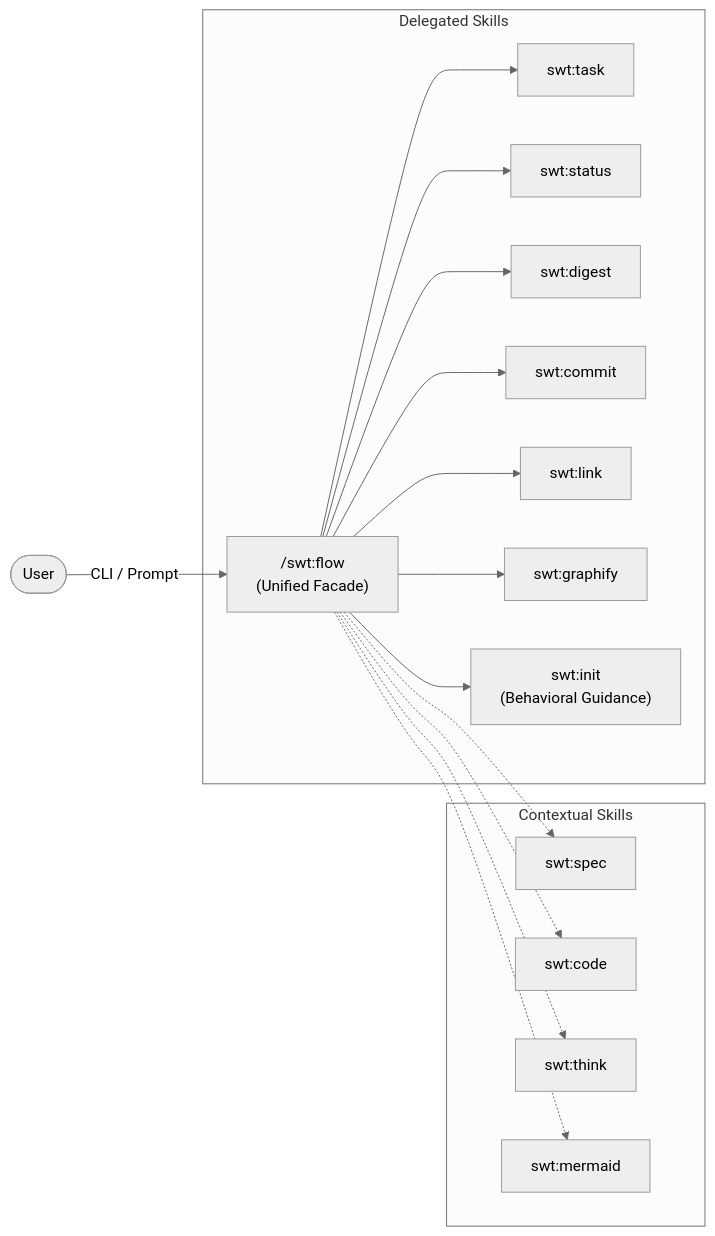
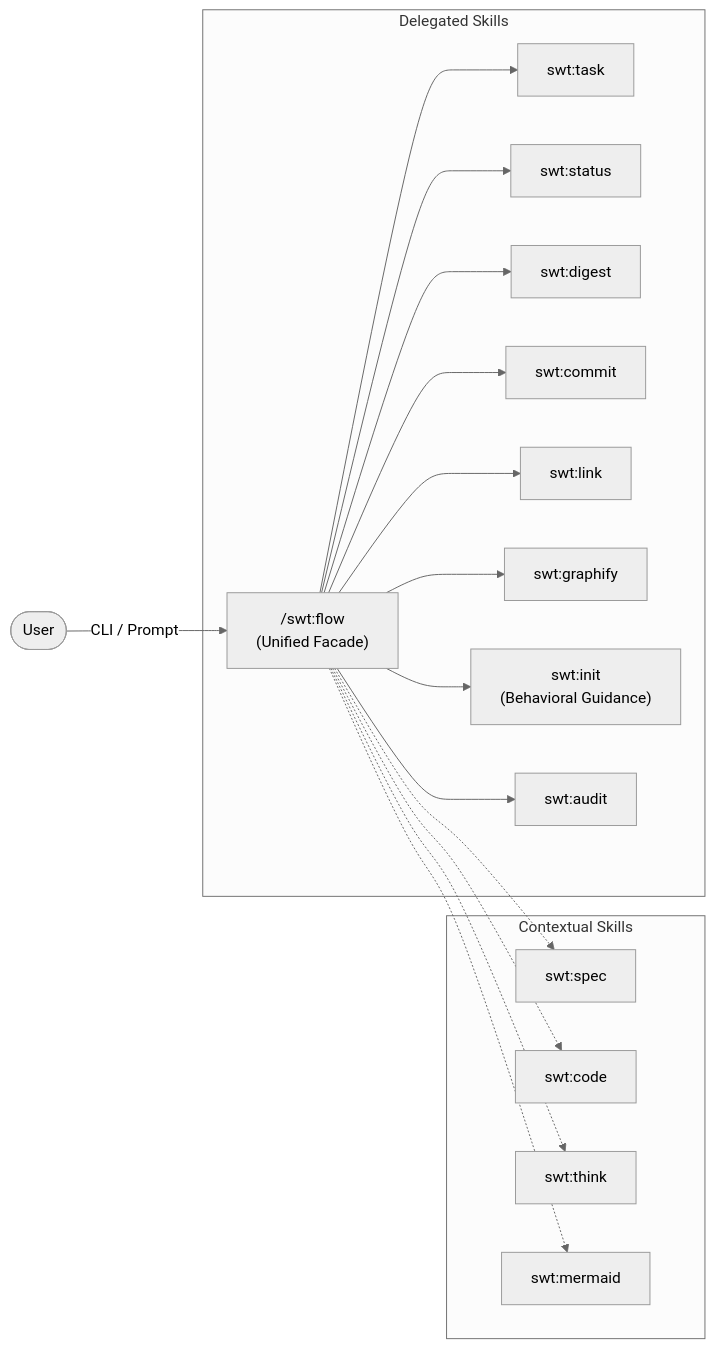
One commit to smashweaver/simple-workflow-toolkit changed the second of 2 diagrams in ARCHITECTURE.md. Above: the diagram before and after it, drawn with Mermaid (neutral theme). The commit also changed other lines of this file and 8 other files, not shown here.

First line of the commit message:
refactor(state): transition task state manifests to headless architecture

````diff
--- a/ARCHITECTURE.md
+++ b/ARCHITECTURE.md
@@ -35,21 +36,22 @@
 ```mermaid
 graph LR
     User([User]) -- "CLI / Prompt" --> Flow["/swt:flow\n(Unified Facade)"]
     
     subgraph "Delegated Skills"
         Flow --> TaskSub["swt:task"]
         Flow --> StatusSub["swt:status"]
         Flow --> DigestSub["swt:digest"]
         Flow --> CommitSub["swt:commit"]
         Flow --> LinkSub["swt:link"]
         Flow --> GraphifySub["swt:graphify"]
         Flow --> InitSub["swt:init\n(Behavioral Guidance)"]
+        Flow --> AuditSub["swt:audit"]
     end
     
     subgraph "Contextual Skills"
         Flow -.-> SpecSub["swt:spec"]
         Flow -.-> CodeSub["swt:code"]
         Flow -.-> ThinkSub["swt:think"]
         Flow -.-> MermaidSub["swt:mermaid"]
     end
 ```
````
